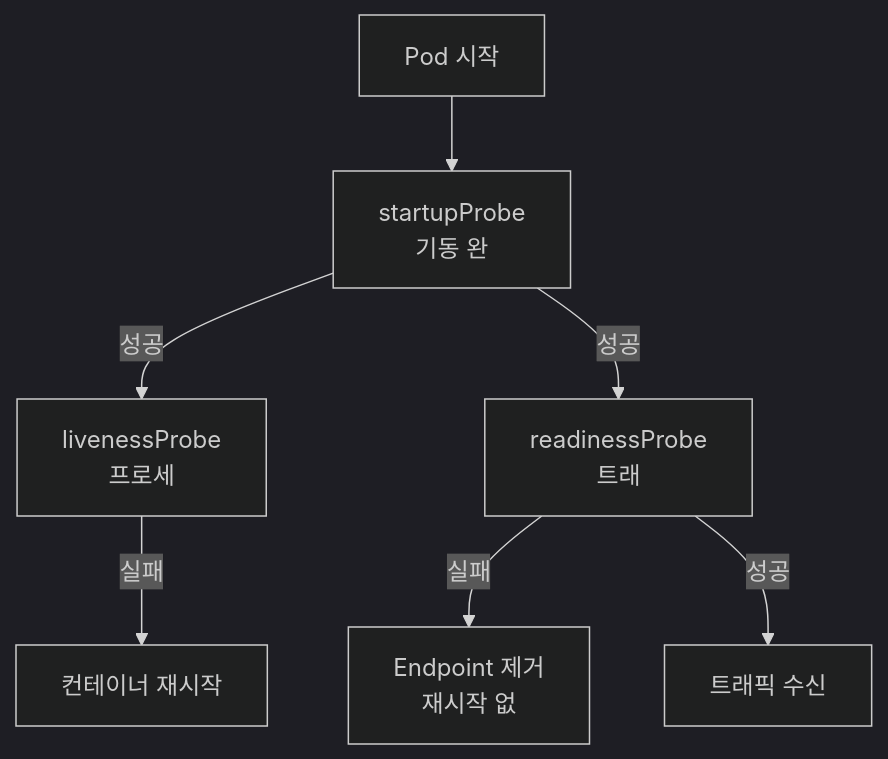
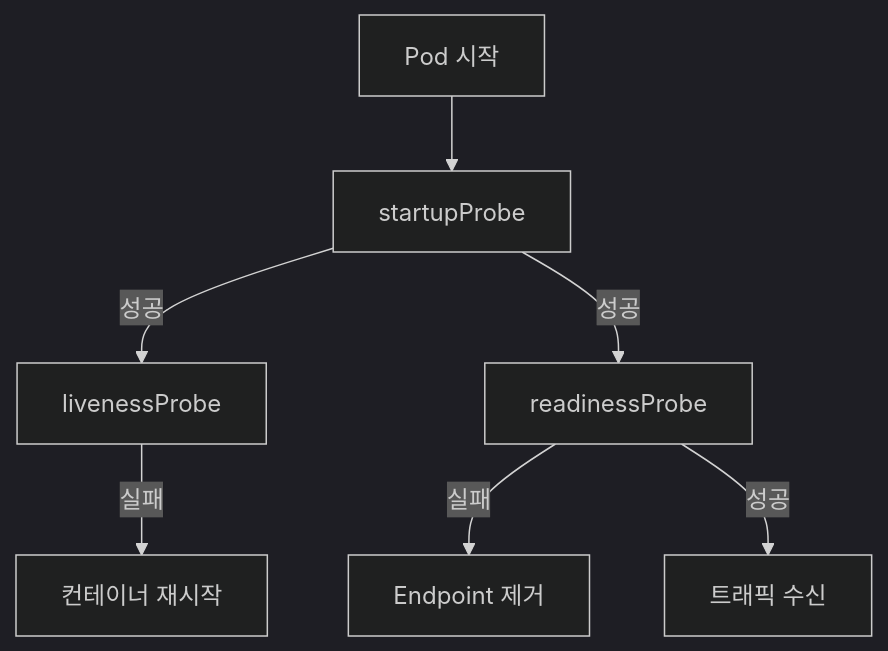
The third of 5 diagrams in _posts/cloud/2026-05-02-kubernetes-cold-start.md (yjkim2015/yjkim2015.github.io), drawn with Mermaid (dark theme) before and after one commit. The commit also changed other lines of this file and 217 other files, not shown here.

First line of the commit message:
Mermaid 크기 수정: useMaxWidth:true + SVG max-width:100% + 라벨 축소

````diff
--- a/_posts/cloud/2026-05-02-kubernetes-cold-start.md
+++ b/_posts/cloud/2026-05-02-kubernetes-cold-start.md
@@ -221,9 +221,9 @@
 ```mermaid
 graph TD
-    Start["Pod 시작"] --> SP["startupProbe\n기동 완"]
-    SP -->|"성공"| LP["livenessProbe\n프로세"]
-    SP -->|"성공"| RP["readinessProbe\n트래"]
+    Start["Pod 시작"] --> SP["startupProbe"]
+    SP -->|"성공"| LP["livenessProbe"]
+    SP -->|"성공"| RP["readinessProbe"]
     LP -->|"실패"| Restart["컨테이너 재시작"]
-    RP -->|"실패"| Remove["Endpoint 제거\n재시작 없"]
+    RP -->|"실패"| Remove["Endpoint 제거"]
     RP -->|"성공"| Traffic["트래픽 수신"]
 ```
````
